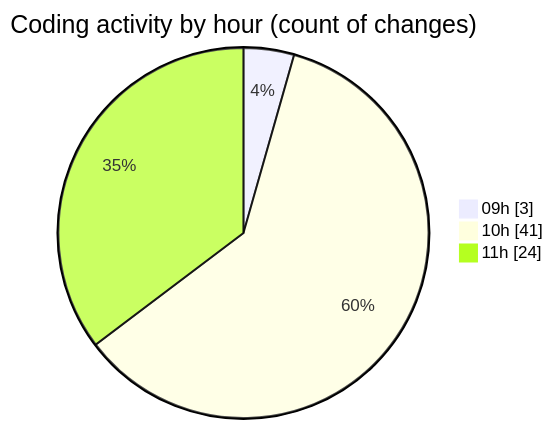
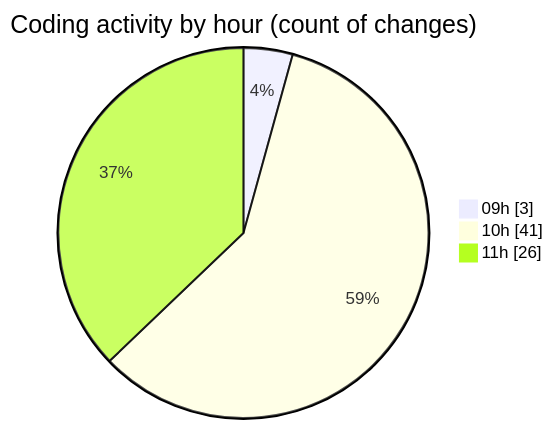
The second of 2 diagrams in 2025-05-19/ecodeli-1/README.md (CELIANVF/code-tracking), drawn with Mermaid before and after one commit. The commit also changed other lines of this file and 1 other file, not shown here.

````diff
--- a/2025-05-19/ecodeli-1/README.md
+++ b/2025-05-19/ecodeli-1/README.md
@@ -48,7 +49,7 @@
 ```mermaid
 pie showData
 title Coding activity by hour (count of changes)
 "09h" : 3
 "10h" : 41
-"11h" : 24
+"11h" : 26
 ```
````
